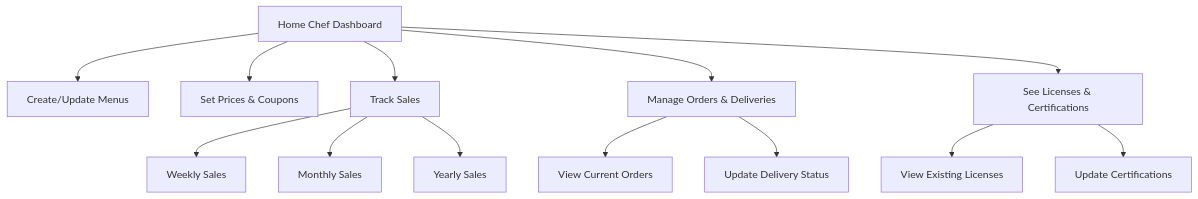
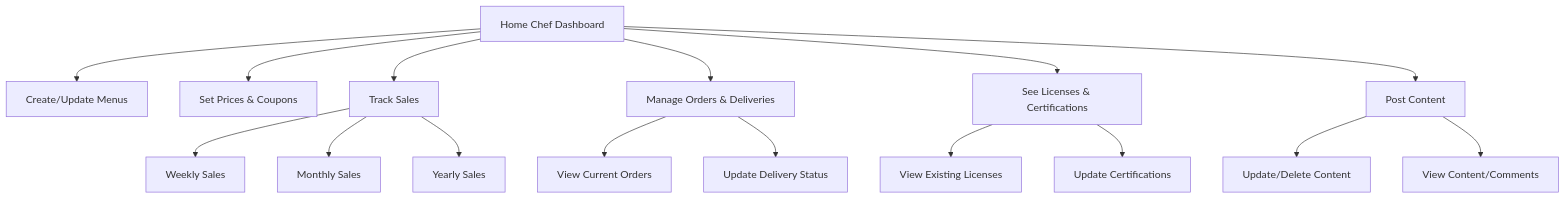
One commit to SirKentut/kaki-lima changed the diagram in diagrams/HomeChefUX.md. Above: the diagram before and after it, drawn with Mermaid.

Commit message:
Added Post/Content feature to Home Cook UX

````diff
--- a/diagrams/HomeChefUX.md
+++ b/diagrams/HomeChefUX.md
@@ -1,17 +1,20 @@
 ```mermaid
 graph TD
     A[Home Chef Dashboard]
     A --> B[Create/Update Menus]
     A --> C[Set Prices & Coupons]
     A --> D[Track Sales]
     D --> D1[Weekly Sales]
     D --> D2[Monthly Sales]
     D --> D3[Yearly Sales]
     A --> E[Manage Orders & Deliveries]
     E --> E1[View Current Orders]
     E --> E2[Update Delivery Status]
     A --> F[See Licenses & Certifications]
     F --> F1[View Existing Licenses]
     F --> F2[Update Certifications]
+    A --> G[Post Content]
+    G --> G1[Update/Delete Content]
+    G --> G2[View Content/Comments]
 
 ```
````
